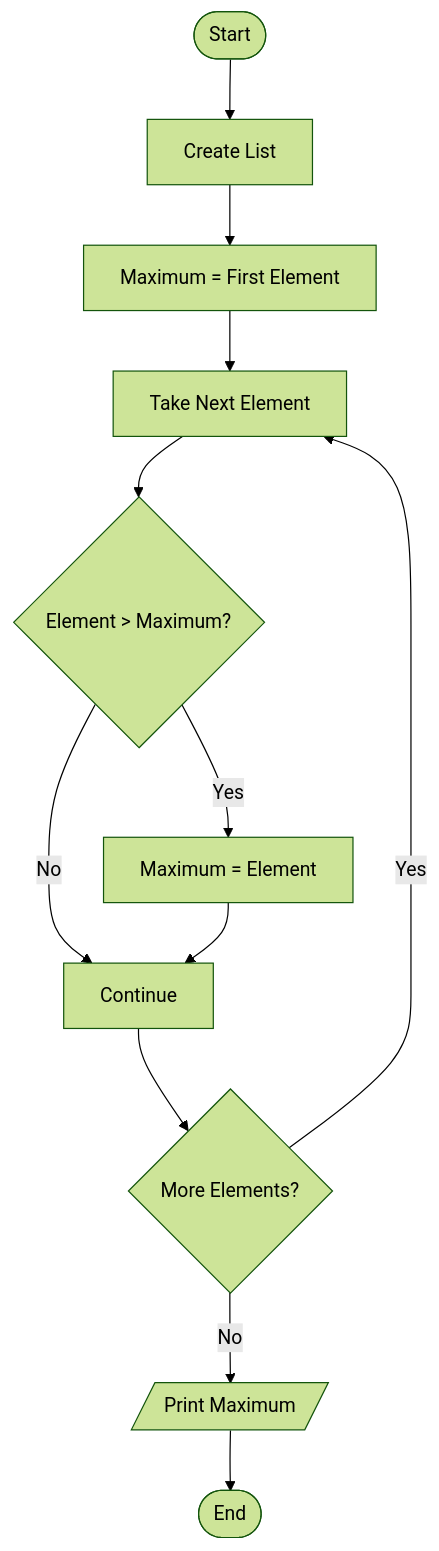
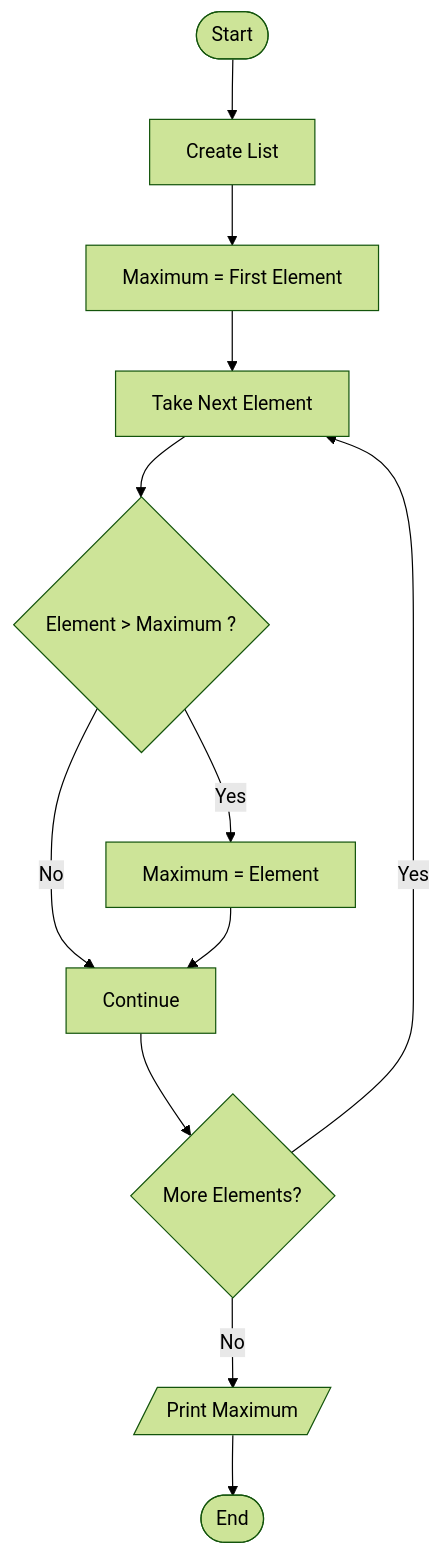
One commit to cwa-web/BasicPythonPrograms changed diagram 19 of 20 in README.md. Above: the diagram before and after it, drawn with Mermaid (forest theme). The commit also changed other lines of this file, not shown here.

First line of the commit message:
Refactor flow diagrams to use Mermaid syntax

````diff
--- a/README.md
+++ b/README.md
@@ -553,14 +575,14 @@
   ```mermaid
   flowchart TD
-      A([Start]) --> B[Create List]
-      B --> C[Maximum = First Element]
-      C --> D[Take Next Element]
-      D --> E{Element > Maximum?}
-      E -- Yes --> F[Maximum = Element]
-      E -- No --> G[Continue]
+      A([Start]) --> B["Create List"]
+      B --> C["Maximum = First Element"]
+      C --> D["Take Next Element"]
+      D --> E{"Element > Maximum ?"}
+      E -- Yes --> F["Maximum = Element"]
+      E -- No --> G["Continue"]
       F --> G
-      G --> H{More Elements?}
+      G --> H{"More Elements?"}
       H -- Yes --> D
       H -- No --> I[/Print Maximum/]
       I --> J([End])
   ```
````
